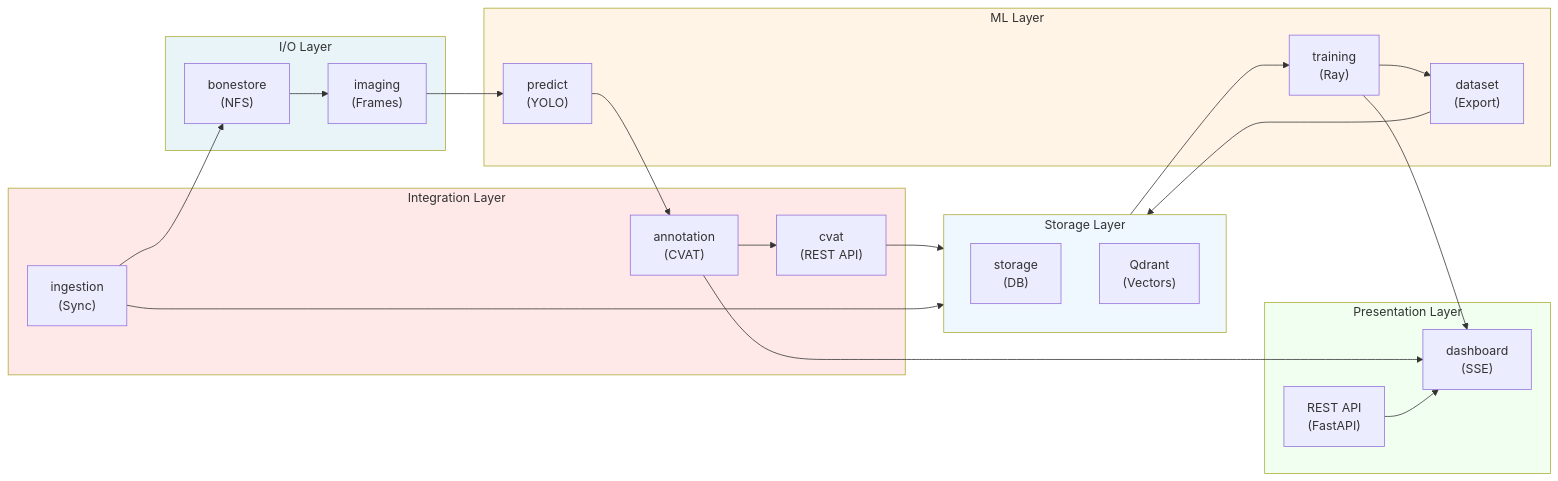
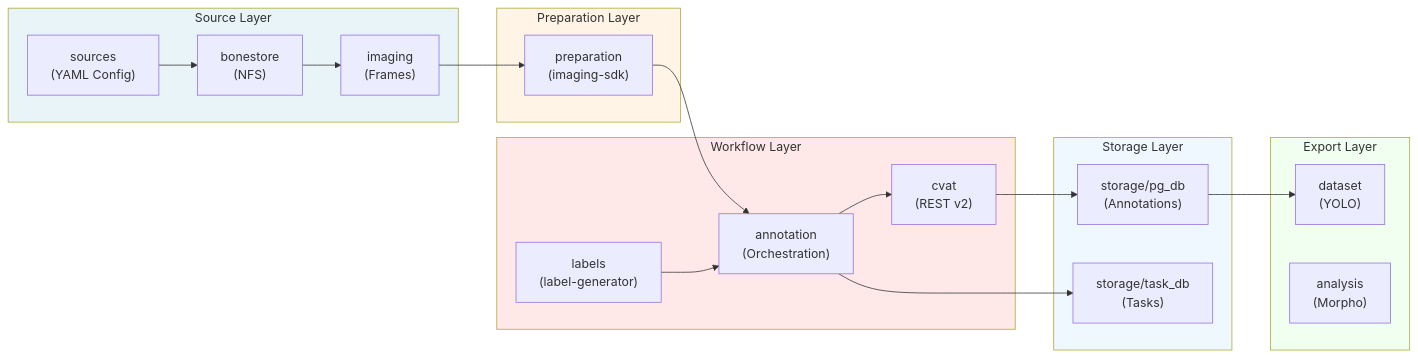
One commit to VersoVet/bone-annotator changed the fourth of 4 diagrams in DIAGRAM.md. Above: the diagram before and after it, drawn with Mermaid. The commit also changed other lines of this file and 4 other files, not shown here.

First line of the commit message:
fix: Resolve Forge validation errors — DIAGRAM.md, test coverage, Codex issues

````diff
--- a/DIAGRAM.md
+++ b/DIAGRAM.md
@@ -203,49 +127,42 @@
 ```mermaid
 graph LR
-    subgraph IO["I/O Layer"]
+    subgraph Sources["Source Layer"]
+        SM["sources<br/>(YAML Config)"]
         BM["bonestore<br/>(NFS)"]
         IM["imaging<br/>(Frames)"]
     end
+
+    subgraph Preparation["Preparation Layer"]
+        PM["preparation<br/>(imaging-sdk)"]
+    end
+
+    subgraph Workflow["Workflow Layer"]
+        AM["annotation<br/>(Orchestration)"]
+        CM["cvat<br/>(REST v2)"]
+        LM["labels<br/>(label-generator)"]
+    end
+
+    subgraph Storage["Storage Layer"]
+        DB["storage/pg_db<br/>(Annotations)"]
+        TD["storage/task_db<br/>(Tasks)"]
+    end
+
+    subgraph Export["Export Layer"]
+        DM["dataset<br/>(YOLO)"]
+        AN["analysis<br/>(Morpho)"]
+    end
+
+    SM --> BM --> IM --> PM
+    PM --> AM
+    LM --> AM
+    AM --> CM
+    AM --> TD
+    CM --> DB
+    DB --> DM
     
-    subgraph Storage["Storage Layer"]
-        SM["storage<br/>(DB)"]
-        QM["Qdrant<br/>(Vectors)"]
-    end
-    
-    subgraph ML["ML Layer"]
-        PM["predict<br/>(YOLO)"]
-        TM["training<br/>(Ray)"]
-        DM["dataset<br/>(Export)"]
-    end
-    
-    subgraph Integration["Integration Layer"]
-        AM["annotation<br/>(CVAT)"]
-        CM["cvat<br/>(REST API)"]
-        IM2["ingestion<br/>(Sync)"]
-    end
-    
-    subgraph Presentation["Presentation Layer"]
-        Dashboard["dashboard<br/>(SSE)"]
-        API["REST API<br/>(FastAPI)"]
-    end
-    
-    BM --> IM
-    IM --> PM
-    PM --> AM
-    AM --> CM
-    CM --> Storage
-    Storage --> TM
-    TM --> DM
-    DM --> Storage
-    IM2 --> BM
-    IM2 --> Storage
-    AM --> Dashboard
-    TM --> Dashboard
-    API --> Dashboard
-    
-    style IO fill:#e8f4f8
+    style Sources fill:#e8f4f8
+    style Preparation fill:#fff4e6
+    style Workflow fill:#ffe8e8
     style Storage fill:#f0f8ff
-    style ML fill:#fff4e6
-    style Integration fill:#ffe8e8
-    style Presentation fill:#f0fff0
+    style Export fill:#f0fff0
 ```
````
